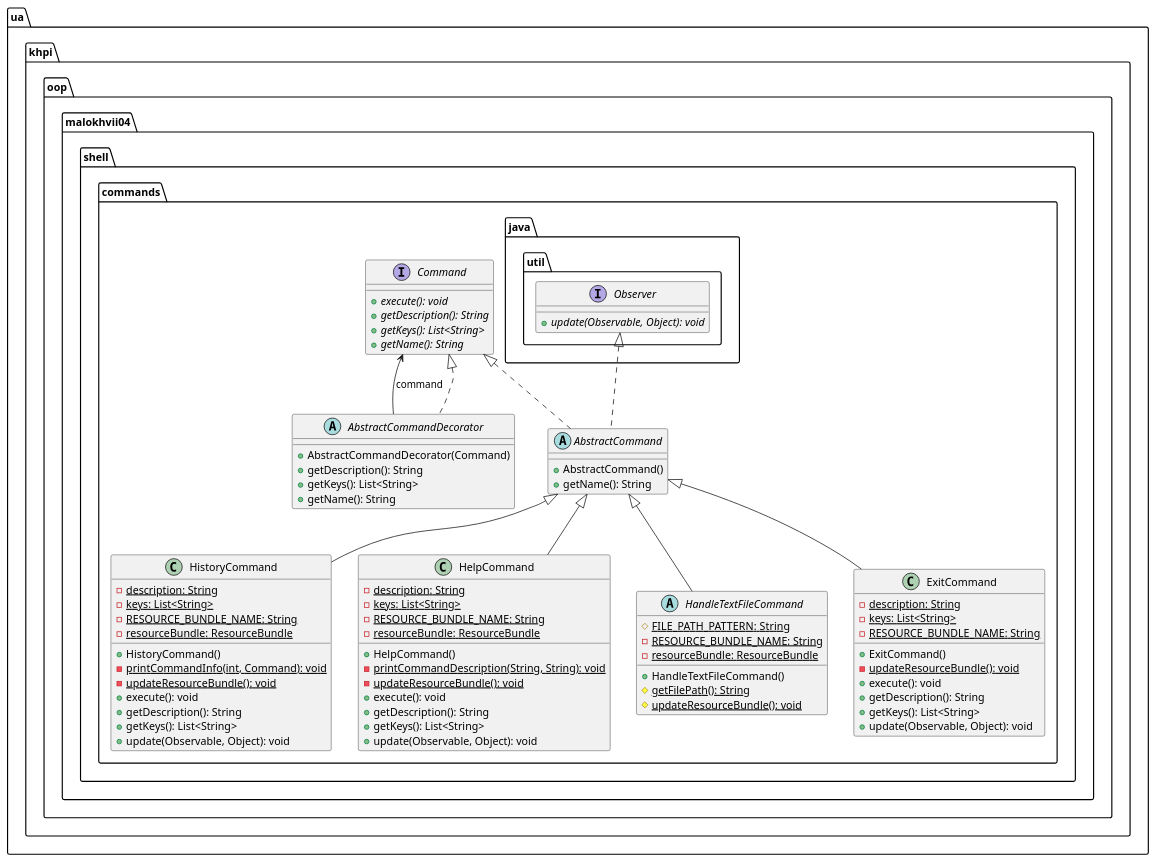
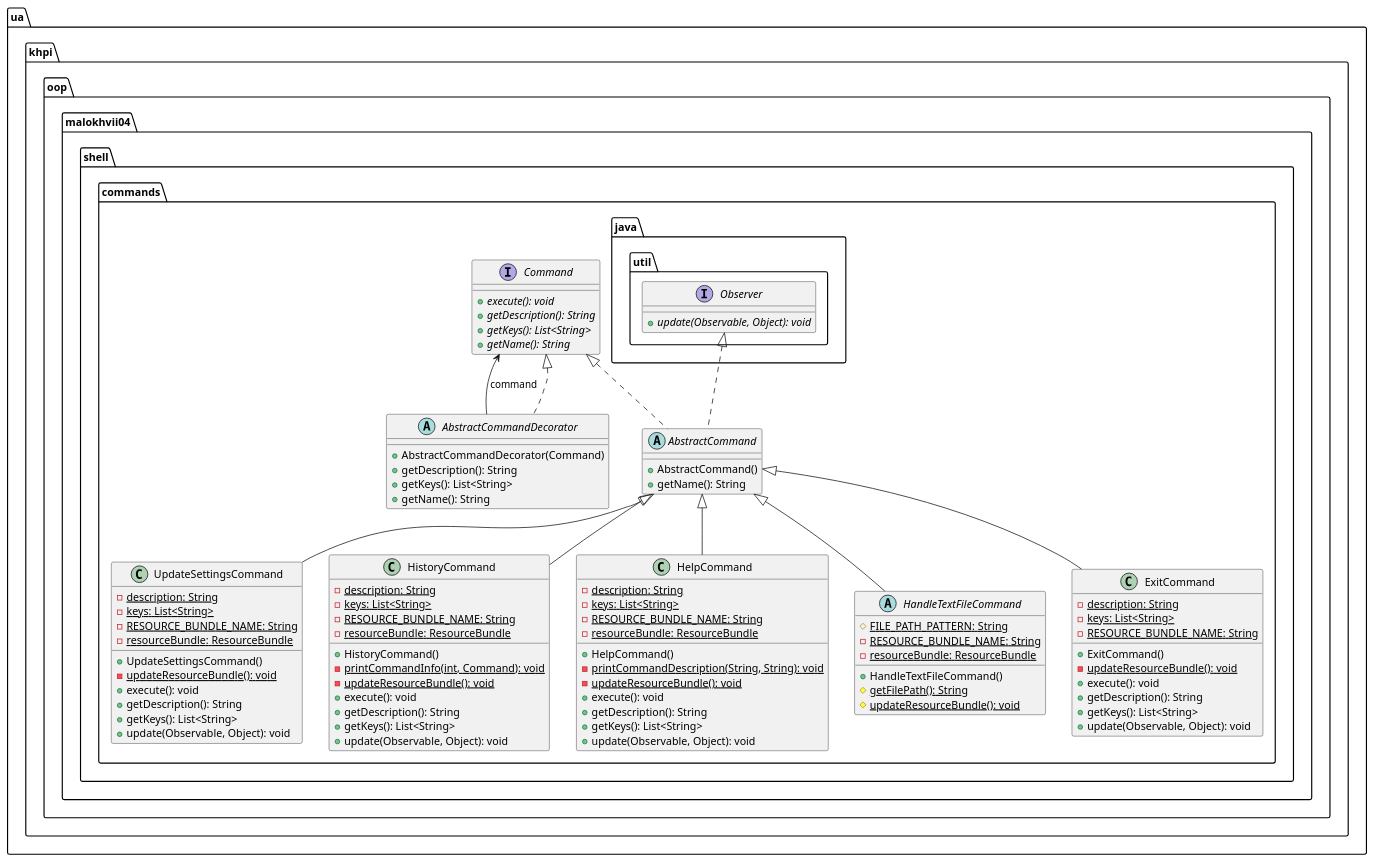
Before and after one commit to P-Kalin/kit26a: the diagram in malokhvii-eduard/malokhvii04/doc/plantuml/ua/khpi/oop/malokhvii04/shell/commands/package.puml, drawn with PlantUML. The commit also changed 7 other files, not shown here.

Commit message:
#3 malokhvii04: update graphs

```diff
--- a/malokhvii-eduard/malokhvii04/doc/plantuml/ua/khpi/oop/malokhvii04/shell/commands/package.puml
+++ b/malokhvii-eduard/malokhvii04/doc/plantuml/ua/khpi/oop/malokhvii04/shell/commands/package.puml
@@ -1,94 +1,109 @@
 @startuml
 
     namespace ua.khpi.oop.malokhvii04.shell.commands {
+
+        class UpdateSettingsCommand {
+            {static} -description: String
+            {static} -keys: List<String>
+            {static} -RESOURCE_BUNDLE_NAME: String
+            {static} -resourceBundle: ResourceBundle
+            +UpdateSettingsCommand()
+            {static} -updateResourceBundle(): void
+            +execute(): void
+            +getDescription(): String
+            +getKeys(): List<String>
+            +update(Observable, Object): void
+        }
 
         class HistoryCommand {
             {static} -description: String
             {static} -keys: List<String>
             {static} -RESOURCE_BUNDLE_NAME: String
             {static} -resourceBundle: ResourceBundle
             +HistoryCommand()
             {static} -printCommandInfo(int, Command): void
             {static} -updateResourceBundle(): void
             +execute(): void
             +getDescription(): String
             +getKeys(): List<String>
             +update(Observable, Object): void
         }
 
         class HelpCommand {
             {static} -description: String
             {static} -keys: List<String>
             {static} -RESOURCE_BUNDLE_NAME: String
             {static} -resourceBundle: ResourceBundle
             +HelpCommand()
             {static} -printCommandDescription(String, String): void
             {static} -updateResourceBundle(): void
             +execute(): void
             +getDescription(): String
             +getKeys(): List<String>
             +update(Observable, Object): void
         }
 
         abstract class HandleTextFileCommand {
             {static} #FILE_PATH_PATTERN: String
             {static} -RESOURCE_BUNDLE_NAME: String
             {static} -resourceBundle: ResourceBundle
             +HandleTextFileCommand()
             {static} #getFilePath(): String
             {static} #updateResourceBundle(): void
         }
 
         class ExitCommand {
             {static} -description: String
             {static} -keys: List<String>
             {static} -RESOURCE_BUNDLE_NAME: String
             +ExitCommand()
             {static} -updateResourceBundle(): void
             +execute(): void
             +getDescription(): String
             +getKeys(): List<String>
             +update(Observable, Object): void
         }
 
         interface Command {
             {abstract} +execute(): void
             {abstract} +getDescription(): String
             {abstract} +getKeys(): List<String>
             {abstract} +getName(): String
         }
 
         abstract class AbstractCommandDecorator {
             +AbstractCommandDecorator(Command)
             +getDescription(): String
             +getKeys(): List<String>
             +getName(): String
         }
 
         abstract class AbstractCommand {
             +AbstractCommand()
             +getName(): String
         }
 
+        AbstractCommand <|-- UpdateSettingsCommand
+
         AbstractCommand <|-- HistoryCommand
 
         AbstractCommand <|-- HelpCommand
 
         AbstractCommand <|-- HandleTextFileCommand
 
         AbstractCommand <|-- ExitCommand
 
         Command <|.. AbstractCommandDecorator
 
         Command <|.. AbstractCommand
 
         interface java.util.Observer {
             {abstract} +update(Observable, Object): void
         }
         java.util.Observer <|.. AbstractCommand
 
         AbstractCommandDecorator --> Command: command
 
     }
 
 @enduml
```
